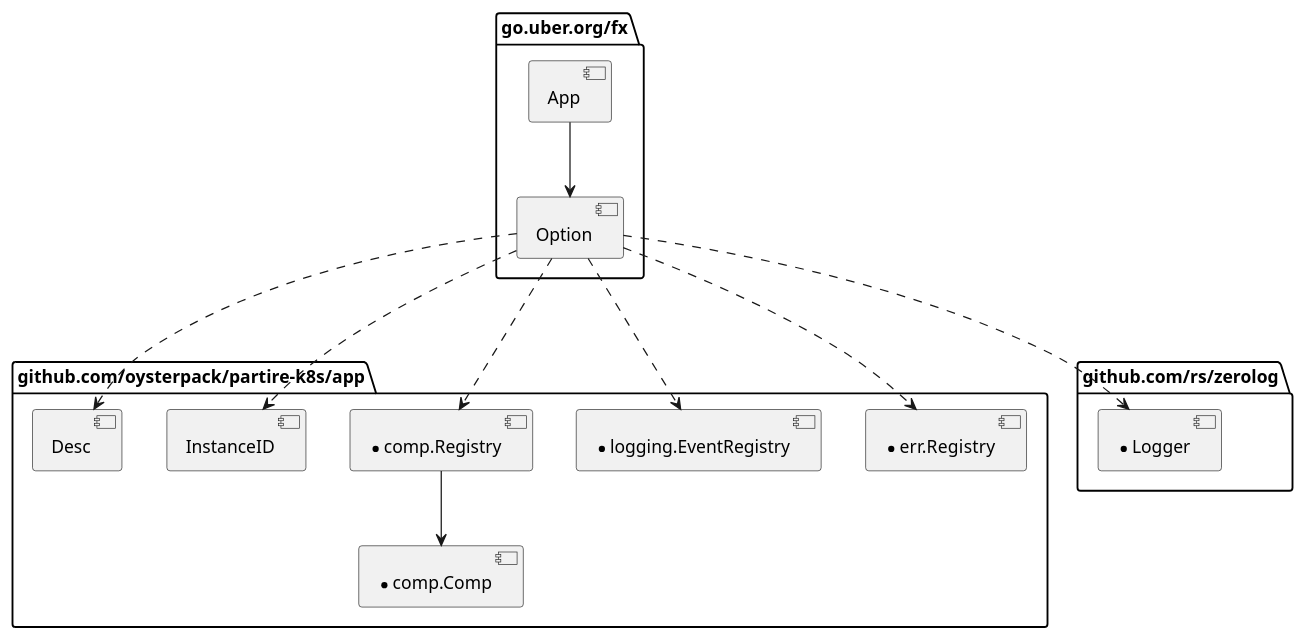
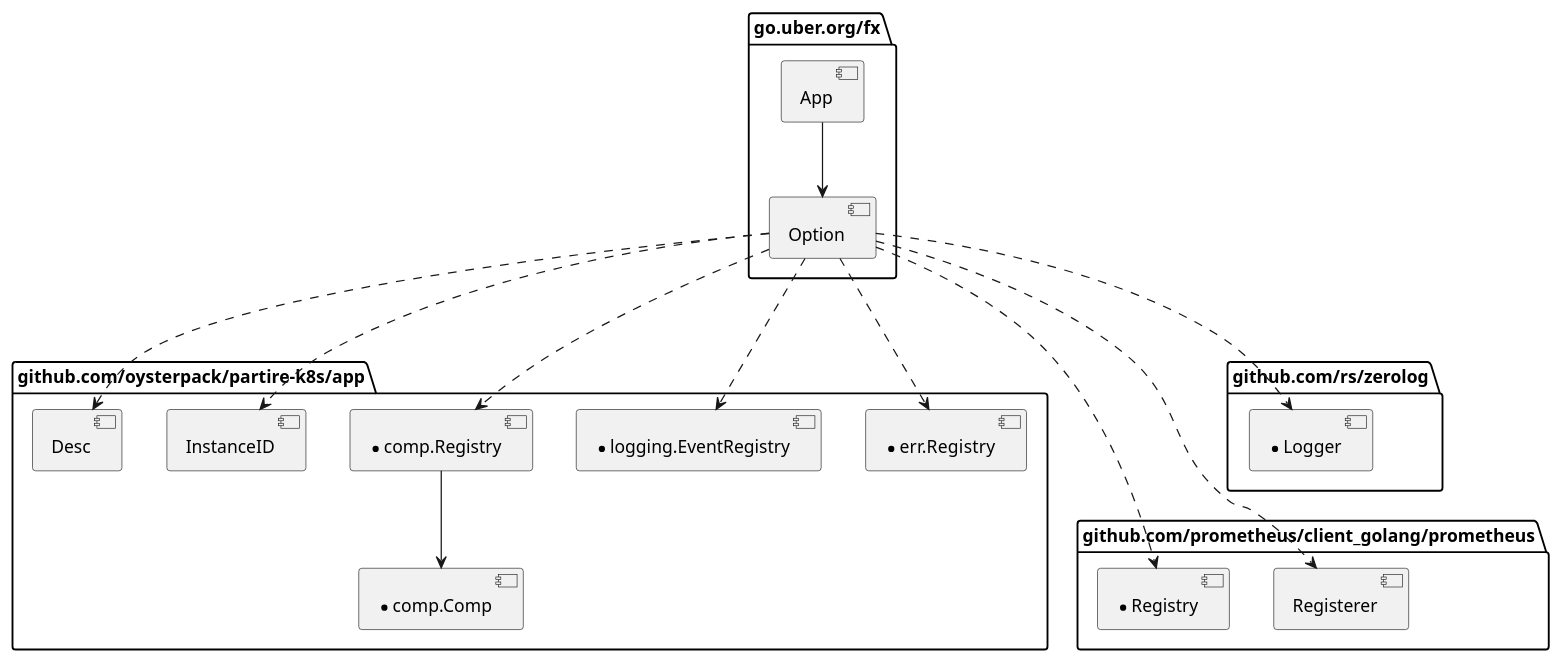
The diagram in pkg/app/fx/app.puml (oysterpack/andiamo), drawn with PlantUML before and after one commit. The commit also changed 10 other files, not shown here.

```diff
--- a/pkg/app/fx/app.puml
+++ b/pkg/app/fx/app.puml
@@ -1,34 +1,42 @@
 @startuml
 
 package "go.uber.org/fx" {
 [App]
 [Option]
 }
 
 package "github.com/oysterpack/partire-k8s/app" {
 [Desc]
 [InstanceID]
 
 [*comp.Comp]
 [*comp.Registry]
 
 [*logging.EventRegistry]
 [*err.Registry]
 }
 
+package "github.com/prometheus/client_golang/prometheus" {
+[*Registry]
+[Registerer]
+}
+
 package "github.com/rs/zerolog" {
 [*Logger]
 }
 
 [App] --> [Option]
 
 [Option] ..> [Desc]
 [Option] ..> [InstanceID]
-[Option] ...> [*Logger]
 [Option] ...> [*comp.Registry]
 [Option] ...> [*logging.EventRegistry]
 [Option] ...> [*err.Registry]
 
+[Option] ...> [*Logger]
+[Option] ....> [*Registry]
+[Option] ....> [Registerer]
+
 [*comp.Registry] --> [*comp.Comp]
 
 @enduml
```
